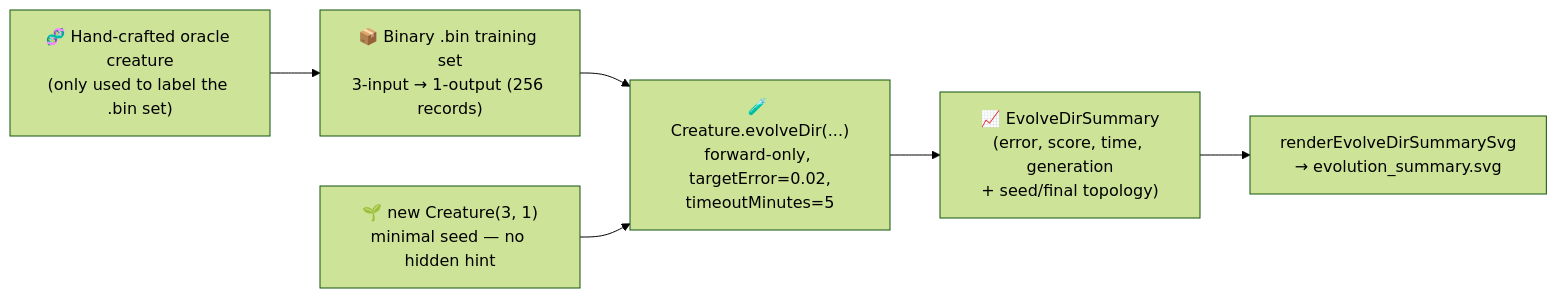
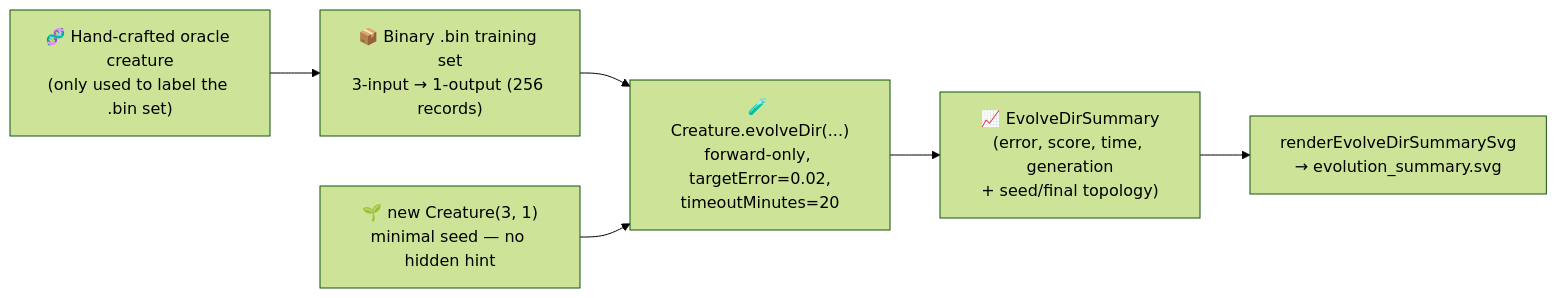
Before and after one commit to stSoftwareAU/NEAT-AI-Examples: the second of 2 diagrams in mcmc_acceptance/README.md, drawn with Mermaid (forest theme). The commit also changed other lines of this file and 4 other files, not shown here.

````diff
--- a/mcmc_acceptance/README.md
+++ b/mcmc_acceptance/README.md
@@ -98,14 +98,14 @@
 ```mermaid
 flowchart LR
     ORACLE["🧬 Hand-crafted oracle creature<br/>(only used to label the .bin set)"]
     DATA["📦 Binary .bin training set<br/>3-input → 1-output (256 records)"]
     SEED["🌱 new Creature(3, 1)<br/>minimal seed — no hidden hint"]
-    EVOLVE["🧪 Creature.evolveDir(...)<br/>forward-only, targetError=0.02,<br/>timeoutMinutes=5"]
+    EVOLVE["🧪 Creature.evolveDir(...)<br/>forward-only, targetError=0.02,<br/>timeoutMinutes=20"]
     SUM["📈 EvolveDirSummary<br/>(error, score, time, generation<br/>+ seed/final topology)"]
     SVG["renderEvolveDirSummarySvg<br/>→ evolution_summary.svg"]
     ORACLE --> DATA
     DATA --> EVOLVE
     SEED --> EVOLVE
     EVOLVE --> SUM
     SUM --> SVG
 ```
````
